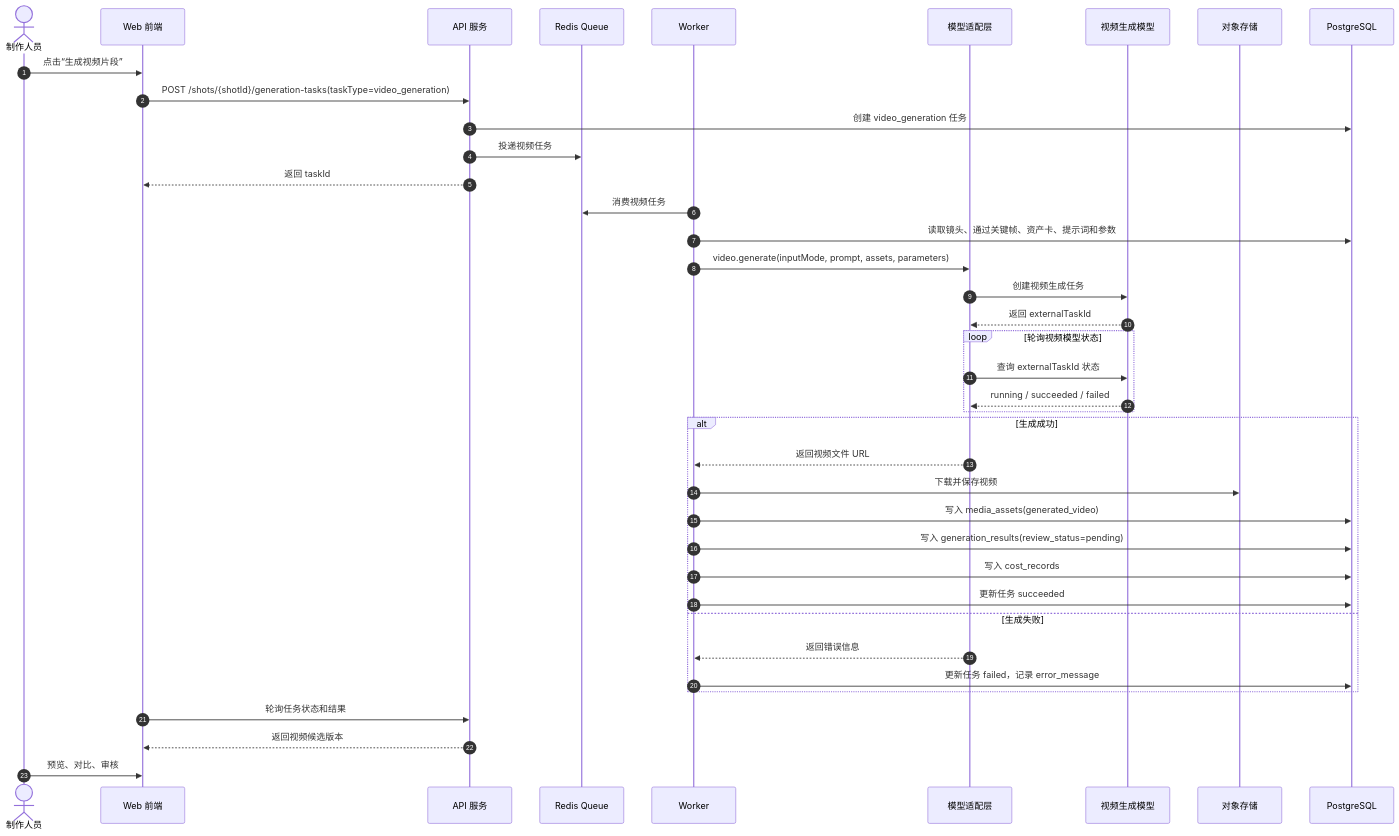
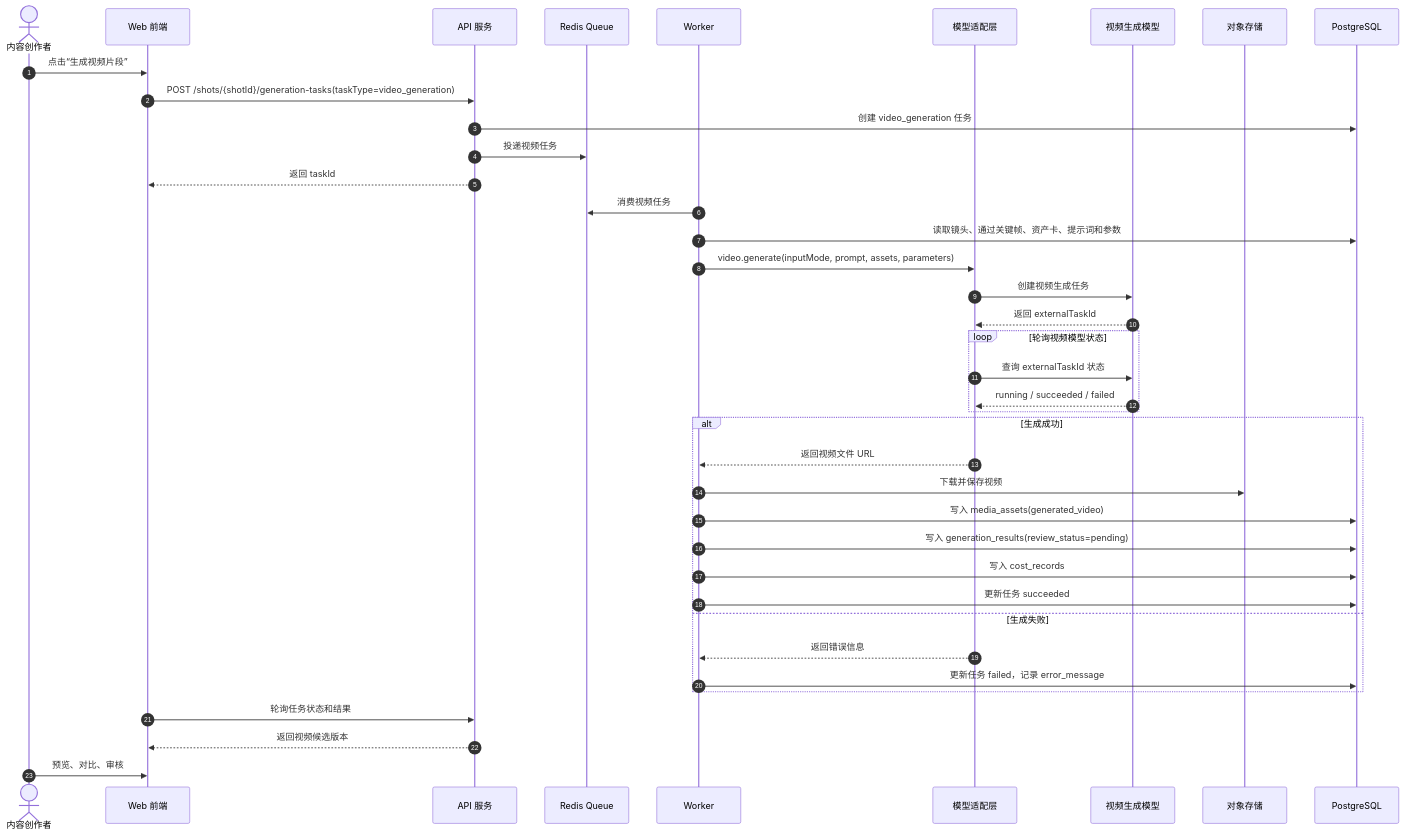
Before and after one commit to pleasureswx123/cine-forge: diagram 19 of 21 in docs/10-C4模型流程图架构图时序图.md, drawn with Mermaid. The commit also changed other lines of this file and 20 other files, not shown here.

````diff
--- a/docs/10-C4模型流程图架构图时序图.md
+++ b/docs/10-C4模型流程图架构图时序图.md
@@ -759,46 +757,46 @@
 ```mermaid
 sequenceDiagram
     autonumber
-    actor User as 制作人员
+    actor User as 内容创作者
     participant Web as Web 前端
     participant API as API 服务
     participant Queue as Redis Queue
     participant Worker as Worker
     participant Adapter as 模型适配层
     participant VideoModel as 视频生成模型
     participant Storage as 对象存储
     participant DB as PostgreSQL
 
     User->>Web: 点击“生成视频片段”
     Web->>API: POST /shots/{shotId}/generation-tasks(taskType=video_generation)
     API->>DB: 创建 video_generation 任务
     API->>Queue: 投递视频任务
     API-->>Web: 返回 taskId
 
     Worker->>Queue: 消费视频任务
     Worker->>DB: 读取镜头、通过关键帧、资产卡、提示词和参数
     Worker->>Adapter: video.generate(inputMode, prompt, assets, parameters)
     Adapter->>VideoModel: 创建视频生成任务
     VideoModel-->>Adapter: 返回 externalTaskId
 
     loop 轮询视频模型状态
         Adapter->>VideoModel: 查询 externalTaskId 状态
         VideoModel-->>Adapter: running / succeeded / failed
     end
 
     alt 生成成功
         Adapter-->>Worker: 返回视频文件 URL
         Worker->>Storage: 下载并保存视频
         Worker->>DB: 写入 media_assets(generated_video)
         Worker->>DB: 写入 generation_results(review_status=pending)
         Worker->>DB: 写入 cost_records
         Worker->>DB: 更新任务 succeeded
     else 生成失败
         Adapter-->>Worker: 返回错误信息
         Worker->>DB: 更新任务 failed，记录 error_message
     end
 
     Web->>API: 轮询任务状态和结果
     API-->>Web: 返回视频候选版本
     User->>Web: 预览、对比、审核
 ```
````
